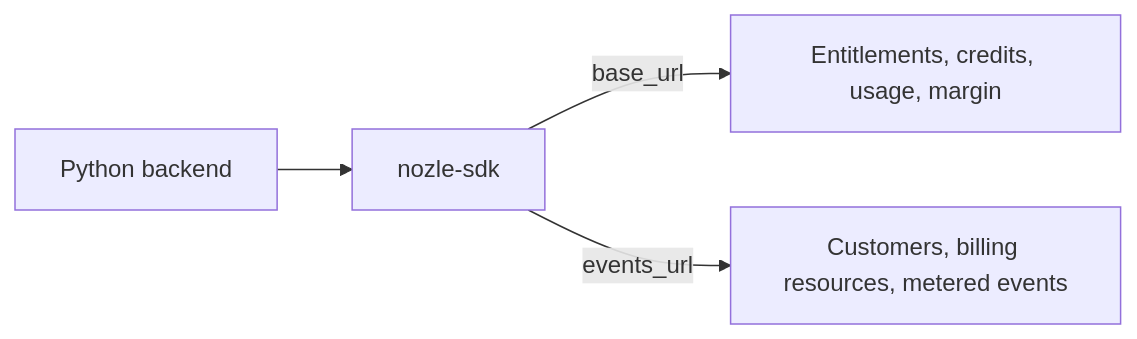
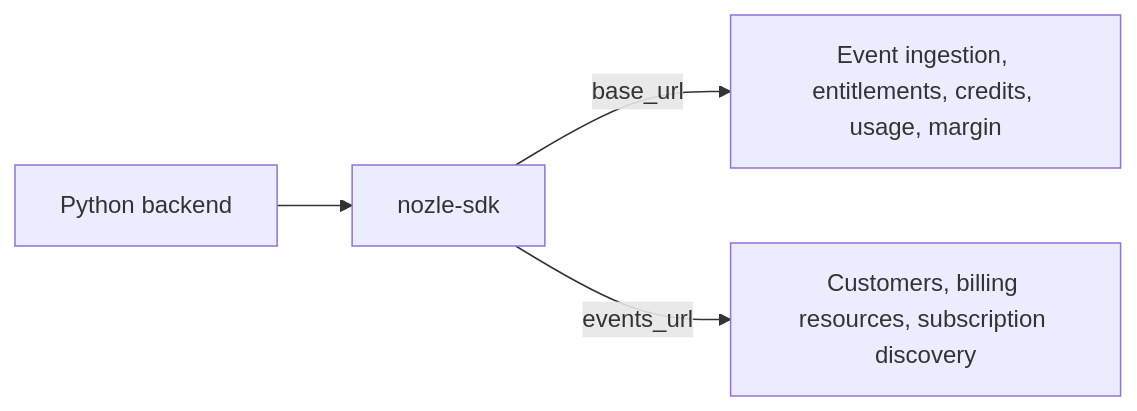
Before and after one commit to nozle-dev/NozleDocs: the diagram in sdks/python/installation.mdx, drawn with Mermaid. The commit also changed other lines of this file and 13 other files, not shown here.

Commit message:
docs: use Engine for SDK event ingestion

````diff
--- a/sdks/python/installation.mdx
+++ b/sdks/python/installation.mdx
@@ -42,6 +42,6 @@
 ```mermaid
 flowchart LR
   App[Python backend] --> SDK[nozle-sdk]
-  SDK -->|base_url| API[Entitlements, credits, usage, margin]
-  SDK -->|events_url| Core[Customers, billing resources, metered events]
+  SDK -->|base_url| API[Event ingestion, entitlements, credits, usage, margin]
+  SDK -->|events_url| Core[Customers, billing resources, subscription discovery]
 ```
````
